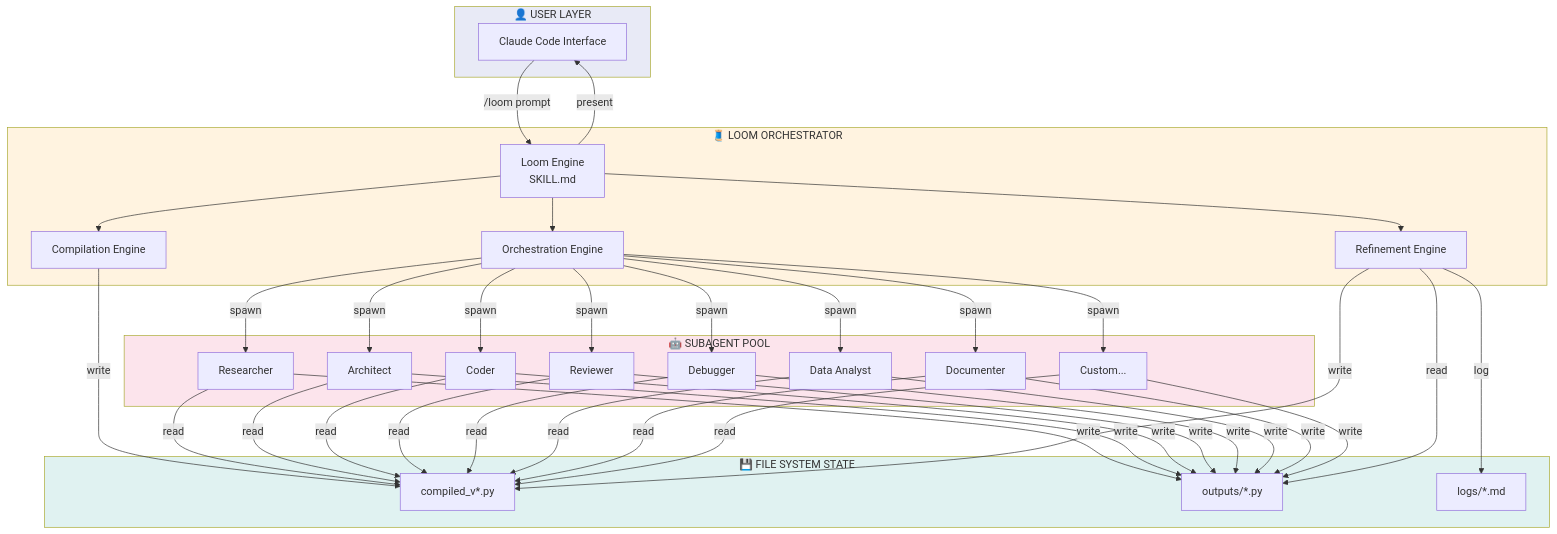
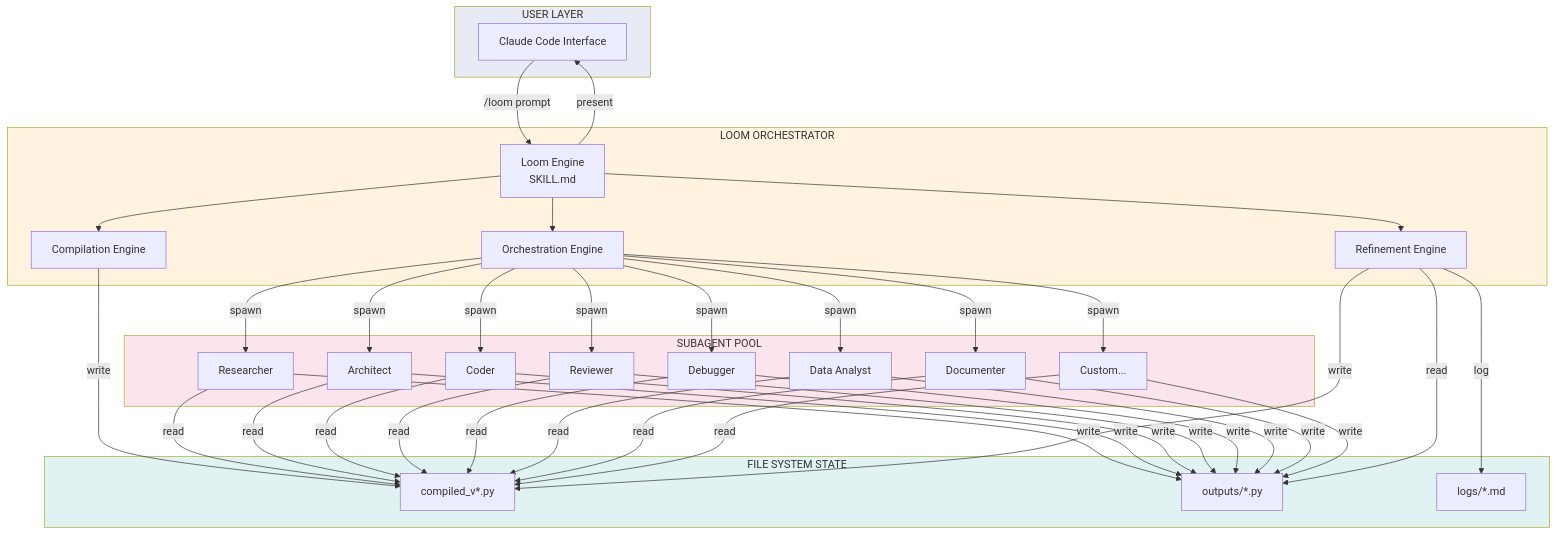
Before and after one commit to steelheadforever/Loom: the fourth of 9 diagrams in DIAGRAMS.md, drawn with Mermaid. The commit also changed other lines of this file and 9 other files, not shown here.

````diff
--- a/DIAGRAMS.md
+++ b/DIAGRAMS.md
@@ -180,51 +152,51 @@
 ```mermaid
 graph TB
-    subgraph User["👤 USER LAYER"]
+    subgraph User["USER LAYER"]
         UI[Claude Code Interface]
     end
 
-    subgraph Orchestrator["🧵 LOOM ORCHESTRATOR"]
+    subgraph Orchestrator["LOOM ORCHESTRATOR"]
         LE[Loom Engine<br/>SKILL.md]
         CE[Compilation Engine]
         OE[Orchestration Engine]
         RE[Refinement Engine]
 
         LE --> CE
         LE --> OE
         LE --> RE
     end
 
-    subgraph FileSystem["💾 FILE SYSTEM STATE"]
+    subgraph FileSystem["FILE SYSTEM STATE"]
         FS1[compiled_v*.py]
         FS2[outputs/*.py]
         FS3[logs/*.md]
     end
 
-    subgraph Subagents["🤖 SUBAGENT POOL"]
+    subgraph Subagents["SUBAGENT POOL"]
         SA1[Researcher]
         SA2[Architect]
         SA3[Coder]
         SA4[Reviewer]
         SA5[Debugger]
         SA6[Data Analyst]
         SA7[Documenter]
         SA8[Custom...]
     end
 
     UI -->|/loom prompt| LE
 
     CE -->|write| FS1
     OE -->|spawn| SA1 & SA2 & SA3 & SA4 & SA5 & SA6 & SA7 & SA8
     SA1 & SA2 & SA3 & SA4 & SA5 & SA6 & SA7 & SA8 -->|read| FS1
     SA1 & SA2 & SA3 & SA4 & SA5 & SA6 & SA7 & SA8 -->|write| FS2
     RE -->|read| FS2
     RE -->|write| FS1
     RE -->|log| FS3
 
     LE -->|present| UI
 
     style User fill:#e8eaf6
     style Orchestrator fill:#fff3e0
     style FileSystem fill:#e0f2f1
     style Subagents fill:#fce4ec
 ```
````
